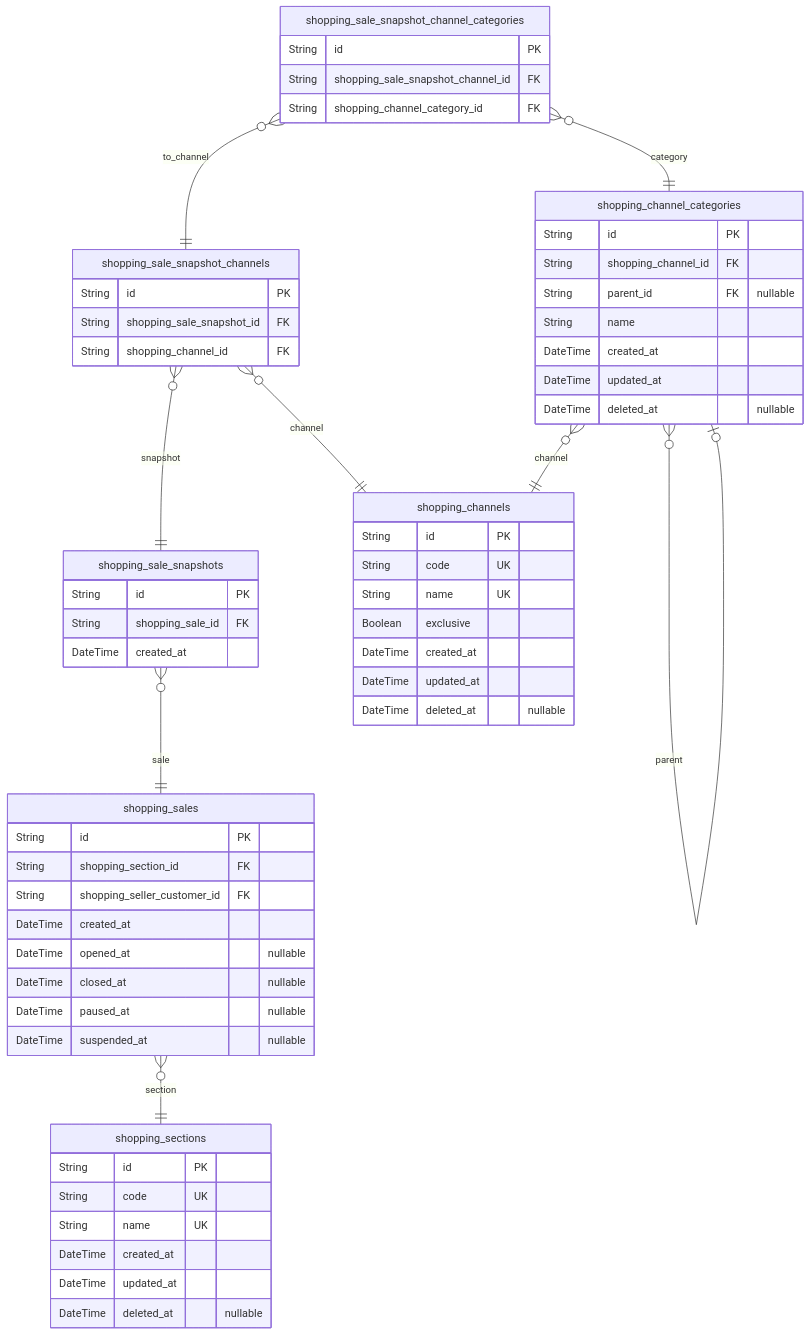
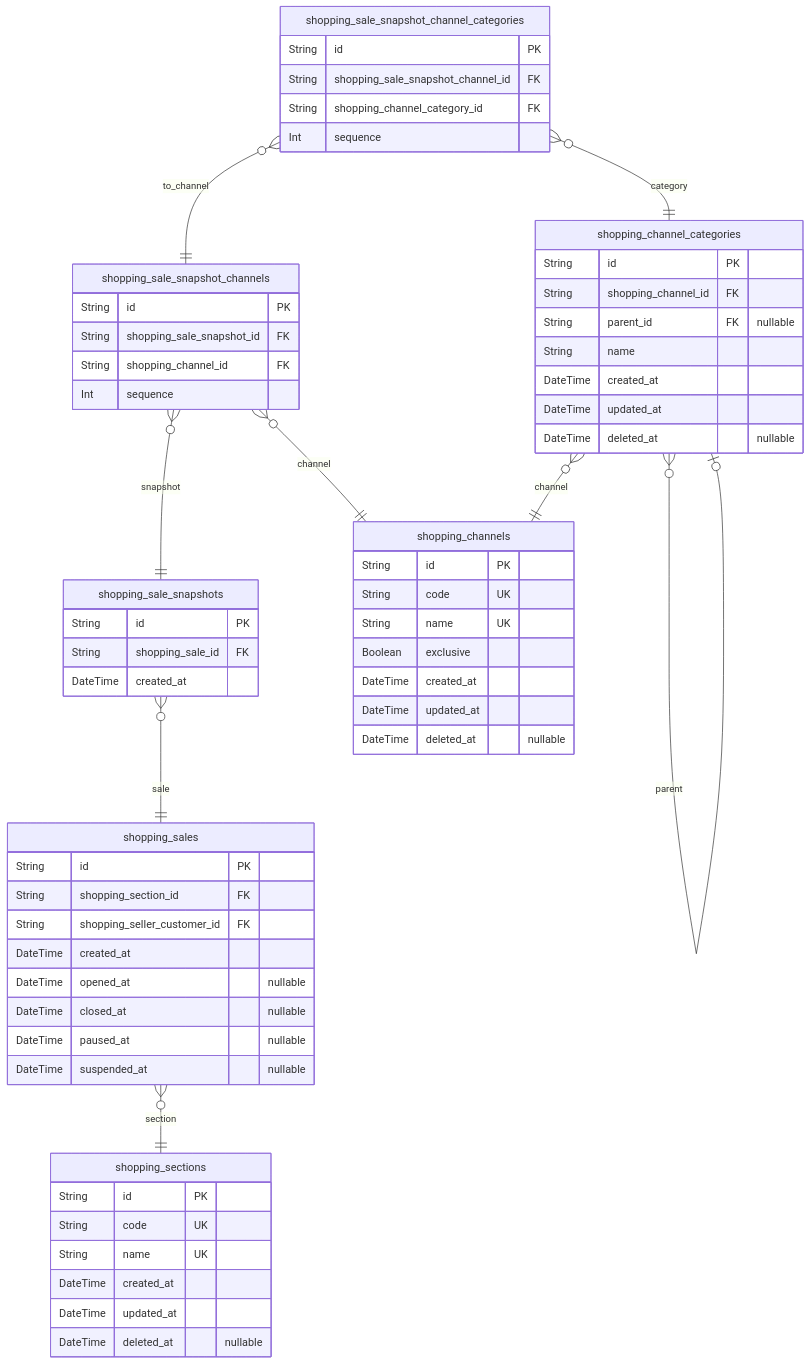
One commit to samchon/shopping-backend changed the second of 11 diagrams in docs/ERD.md. Above: the diagram before and after it, drawn with Mermaid. The commit also changed other lines of this file and 16 other files, not shown here.

````diff
--- a/docs/ERD.md
+++ b/docs/ERD.md
@@ -235,62 +236,64 @@
 ```mermaid
 erDiagram
 "shopping_channels" {
     String id PK
     String code UK
     String name UK
     Boolean exclusive
     DateTime created_at
     DateTime updated_at
     DateTime deleted_at "nullable"
 }
 "shopping_channel_categories" {
     String id PK
     String shopping_channel_id FK
     String parent_id FK "nullable"
     String name
     DateTime created_at
     DateTime updated_at
     DateTime deleted_at "nullable"
 }
 "shopping_sections" {
     String id PK
     String code UK
     String name UK
     DateTime created_at
     DateTime updated_at
     DateTime deleted_at "nullable"
 }
 "shopping_sales" {
     String id PK
     String shopping_section_id FK
     String shopping_seller_customer_id FK
     DateTime created_at
     DateTime opened_at "nullable"
     DateTime closed_at "nullable"
     DateTime paused_at "nullable"
     DateTime suspended_at "nullable"
 }
 "shopping_sale_snapshots" {
     String id PK
     String shopping_sale_id FK
     DateTime created_at
 }
 "shopping_sale_snapshot_channels" {
     String id PK
     String shopping_sale_snapshot_id FK
     String shopping_channel_id FK
+    Int sequence
 }
 "shopping_sale_snapshot_channel_categories" {
     String id PK
     String shopping_sale_snapshot_channel_id FK
     String shopping_channel_category_id FK
+    Int sequence
 }
 "shopping_channel_categories" }o--|| "shopping_channels" : channel
 "shopping_channel_categories" }o--o| "shopping_channel_categories" : parent
 "shopping_sales" }o--|| "shopping_sections" : section
 "shopping_sale_snapshots" }o--|| "shopping_sales" : sale
 "shopping_sale_snapshot_channels" }o--|| "shopping_sale_snapshots" : snapshot
 "shopping_sale_snapshot_channels" }o--|| "shopping_channels" : channel
 "shopping_sale_snapshot_channel_categories" }o--|| "shopping_sale_snapshot_channels" : to_channel
 "shopping_sale_snapshot_channel_categories" }o--|| "shopping_channel_categories" : category
 ```
````
